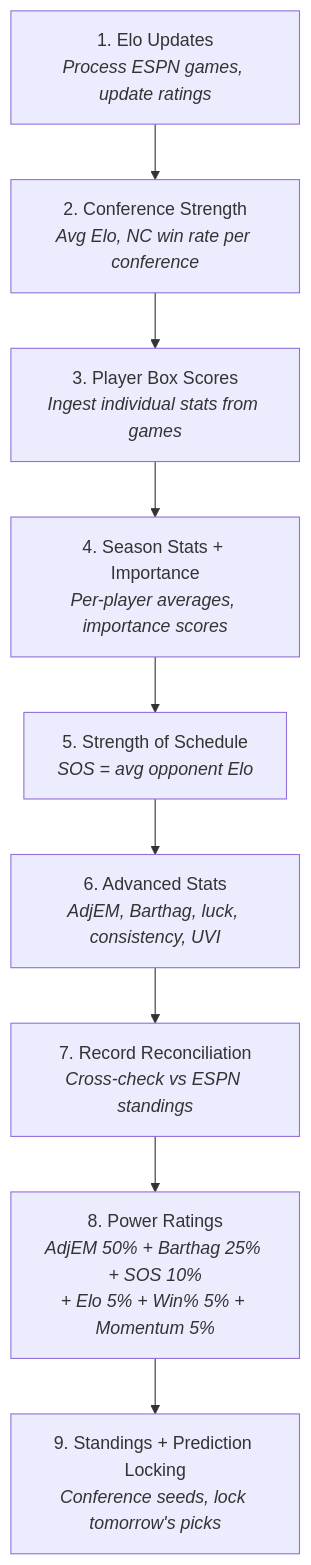
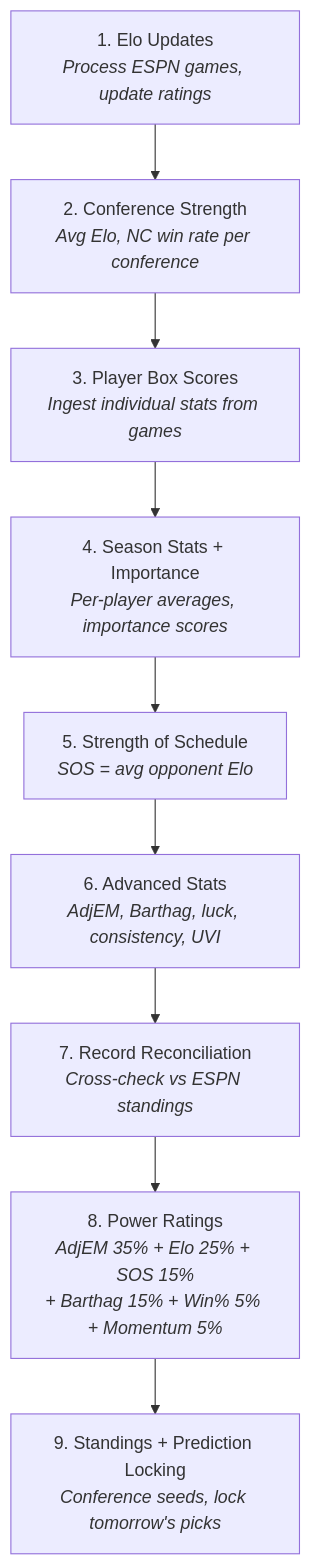
The sixth of 8 diagrams in docs/LEARNING_GUIDE.md (rapaugustino/ubunifu-madness), drawn with Mermaid before and after one commit. The commit also changed other lines of this file and 2 other files, not shown here.

````diff
--- a/docs/LEARNING_GUIDE.md
+++ b/docs/LEARNING_GUIDE.md
@@ -774,14 +774,14 @@
 ```mermaid
 flowchart TD
     S1["1. Elo Updates<br/><i>Process ESPN games, update ratings</i>"]
     S2["2. Conference Strength<br/><i>Avg Elo, NC win rate per conference</i>"]
     S3["3. Player Box Scores<br/><i>Ingest individual stats from games</i>"]
     S4["4. Season Stats + Importance<br/><i>Per-player averages, importance scores</i>"]
     S5["5. Strength of Schedule<br/><i>SOS = avg opponent Elo</i>"]
     S6["6. Advanced Stats<br/><i>AdjEM, Barthag, luck, consistency, UVI</i>"]
     S7["7. Record Reconciliation<br/><i>Cross-check vs ESPN standings</i>"]
-    S8["8. Power Ratings<br/><i>AdjEM 50% + Barthag 25% + SOS 10%<br/>+ Elo 5% + Win% 5% + Momentum 5%</i>"]
+    S8["8. Power Ratings<br/><i>AdjEM 35% + Elo 25% + SOS 15%<br/>+ Barthag 15% + Win% 5% + Momentum 5%</i>"]
     S9["9. Standings + Prediction Locking<br/><i>Conference seeds, lock tomorrow's picks</i>"]
 
     S1 --> S2 --> S3 --> S4 --> S5 --> S6 --> S7 --> S8 --> S9
 ```
````
